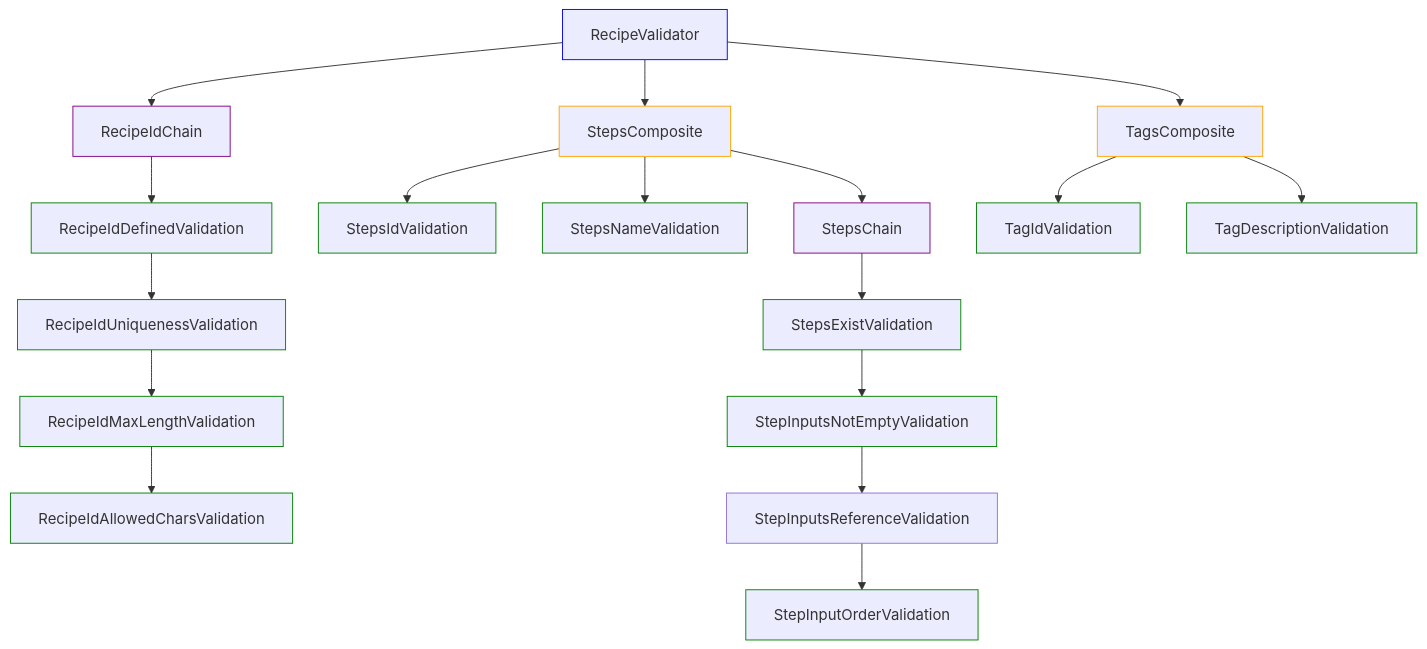
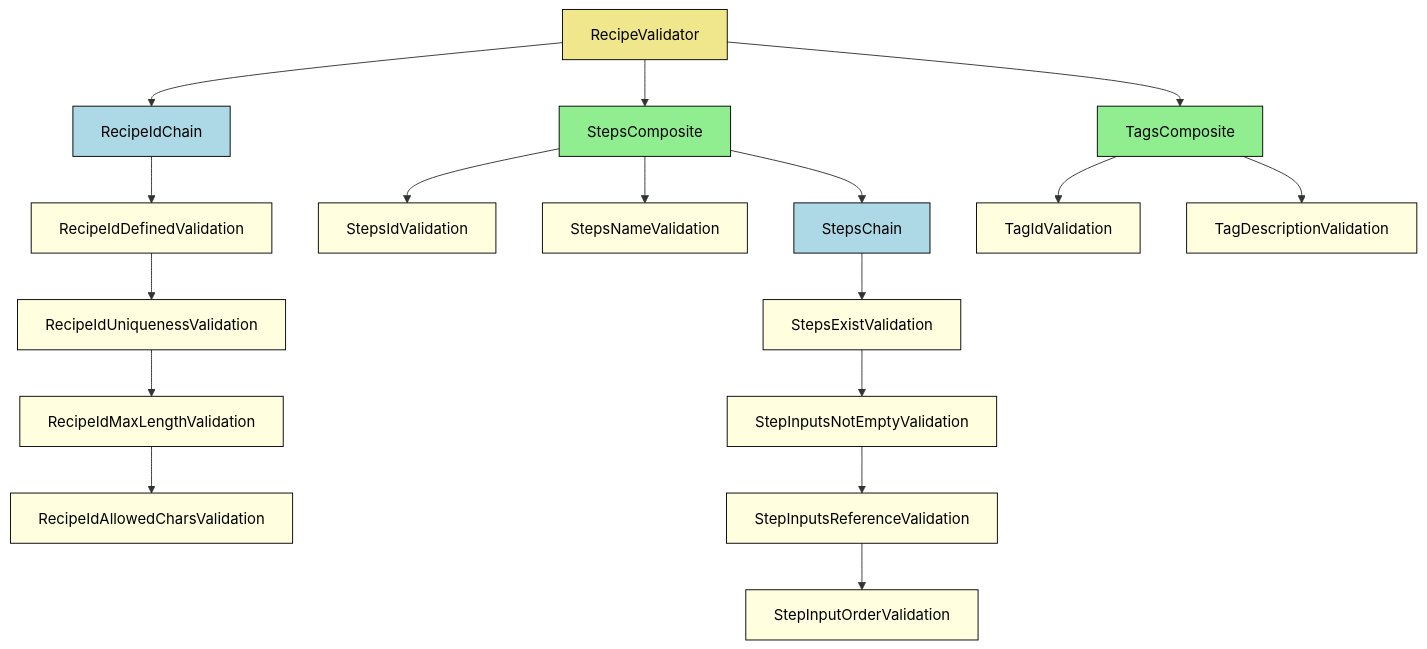
One commit to Jesinski/json-data-validator changed the diagram in README.md. Above: the diagram before and after it, drawn with Mermaid.

Commit message:
polish mermaid

````diff
--- a/README.md
+++ b/README.md
@@ -164,40 +164,41 @@
 ```mermaid
 graph TD
 %% Main Recipe Validator
 RecipeValidator --> RecipeIdChain
 RecipeValidator --> StepsComposite
 RecipeValidator --> TagsComposite
 
 %% RecipeId Chain
 RecipeIdChain --> RecipeIdDefinedValidation
 RecipeIdDefinedValidation --> RecipeIdUniquenessValidation
 RecipeIdUniquenessValidation --> RecipeIdMaxLengthValidation
 RecipeIdMaxLengthValidation --> RecipeIdAllowedCharsValidation
 
 %% Steps Composite
 StepsComposite --> StepsIdValidation
 StepsComposite --> StepsNameValidation
 StepsComposite --> StepsChain
 
 %% Steps Chain
 StepsChain --> StepsExistValidation
 StepsExistValidation --> StepInputsNotEmptyValidation
 StepInputsNotEmptyValidation --> StepInputsReferenceValidation
 
 %% Step Inputs Reference Validation
 StepInputsReferenceValidation --> StepInputOrderValidation
 
 %% Tags Composite
 TagsComposite --> TagIdValidation
 TagsComposite --> TagDescriptionValidation
 
-classDef composite stroke:orange
-classDef chain stroke:purple
-classDef validator stroke:blue
-classDef validation stroke:green
+classDef validator fill:khaki
+classDef composite fill:lightgreen
+classDef chain fill:lightblue
+classDef validation fill:lightyellow
+classDef composite,chain,validator,validation stroke-width:1px,stroke:black,color:black
 
 class RecipeValidator validator
 class StepsComposite,TagsComposite composite
 class StepsChain,RecipeIdChain chain
-class RecipeIdDefinedValidation,RecipeIdUniquenessValidation,RecipeIdMaxLengthValidation,RecipeIdAllowedCharsValidation,StepsIdValidation,StepsNameValidation,StepsExistValidation,StepInputsNotEmptyValidation,StepInputsReferenceExistValidation,StepInputOrderValidation,TagIdValidation,TagDescriptionValidation validation
+class RecipeIdDefinedValidation,RecipeIdUniquenessValidation,RecipeIdMaxLengthValidation,RecipeIdAllowedCharsValidation,StepsIdValidation,StepsNameValidation,StepsExistValidation,StepInputsNotEmptyValidation,StepInputsReferenceValidation,StepInputOrderValidation,TagIdValidation,TagDescriptionValidation validation
 ```
````
